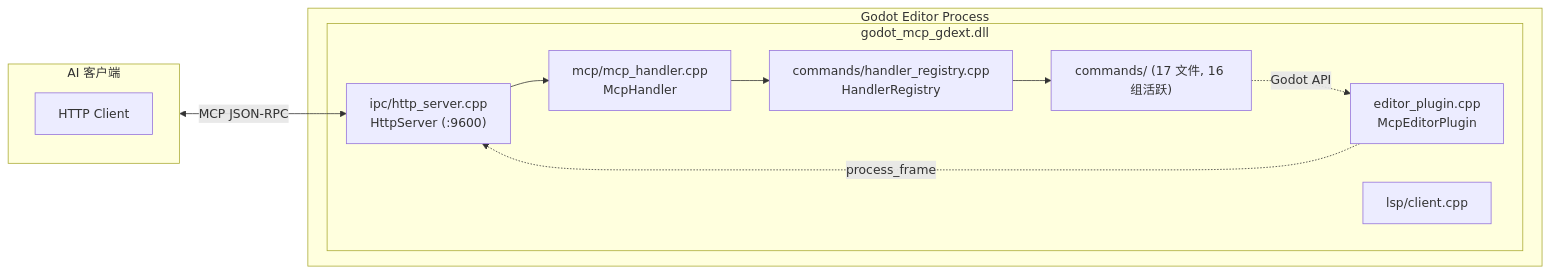
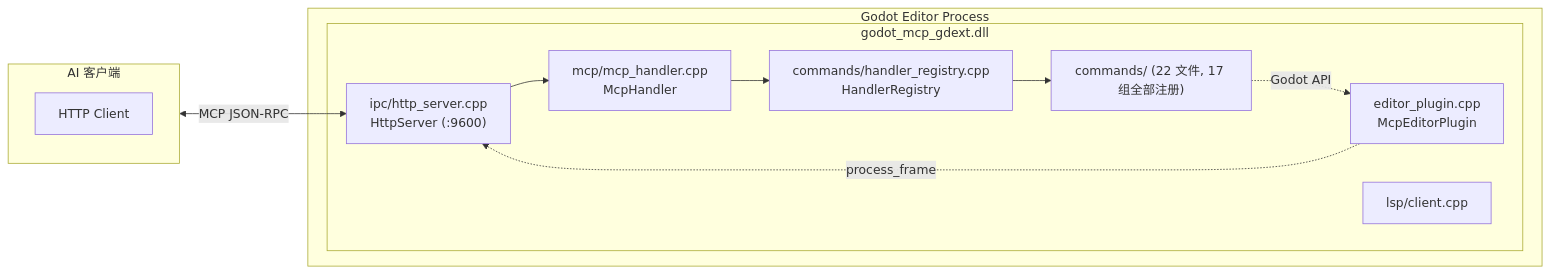
One commit to jesspig/GodotMCP-GDExtension changed the diagram in .repo_wiki/extensions/gdext.md. Above: the diagram before and after it, drawn with Mermaid. The commit also changed other lines of this file and 14 other files, not shown here.

````diff
--- a/.repo_wiki/extensions/gdext.md
+++ b/.repo_wiki/extensions/gdext.md
@@ -5,24 +5,24 @@
 ```mermaid
 flowchart LR
     subgraph Godot["Godot Editor Process"]
         subgraph DLL["godot_mcp_gdext.dll"]
             EP["editor_plugin.cpp<br/>McpEditorPlugin"]
             HTTP["ipc/http_server.cpp<br/>HttpServer (:9600)"]
             MCP["mcp/mcp_handler.cpp<br/>McpHandler"]
             REG["commands/handler_registry.cpp<br/>HandlerRegistry"]
-            CMDS["commands/ (17 文件, 16 组活跃)"]
+            CMDS["commands/ (22 文件, 17 组全部注册)"]
             LSP["lsp/client.cpp"]
         end
     end
     
     subgraph AIClient["AI 客户端"]
         HTTPCL["HTTP Client"]
     end
     
     AIClient <-->|MCP JSON-RPC| HTTP
     HTTP --> MCP
     MCP --> REG
     REG --> CMDS
     CMDS -.->|Godot API| EP
     EP -.->|process_frame| HTTP
 ```
````
